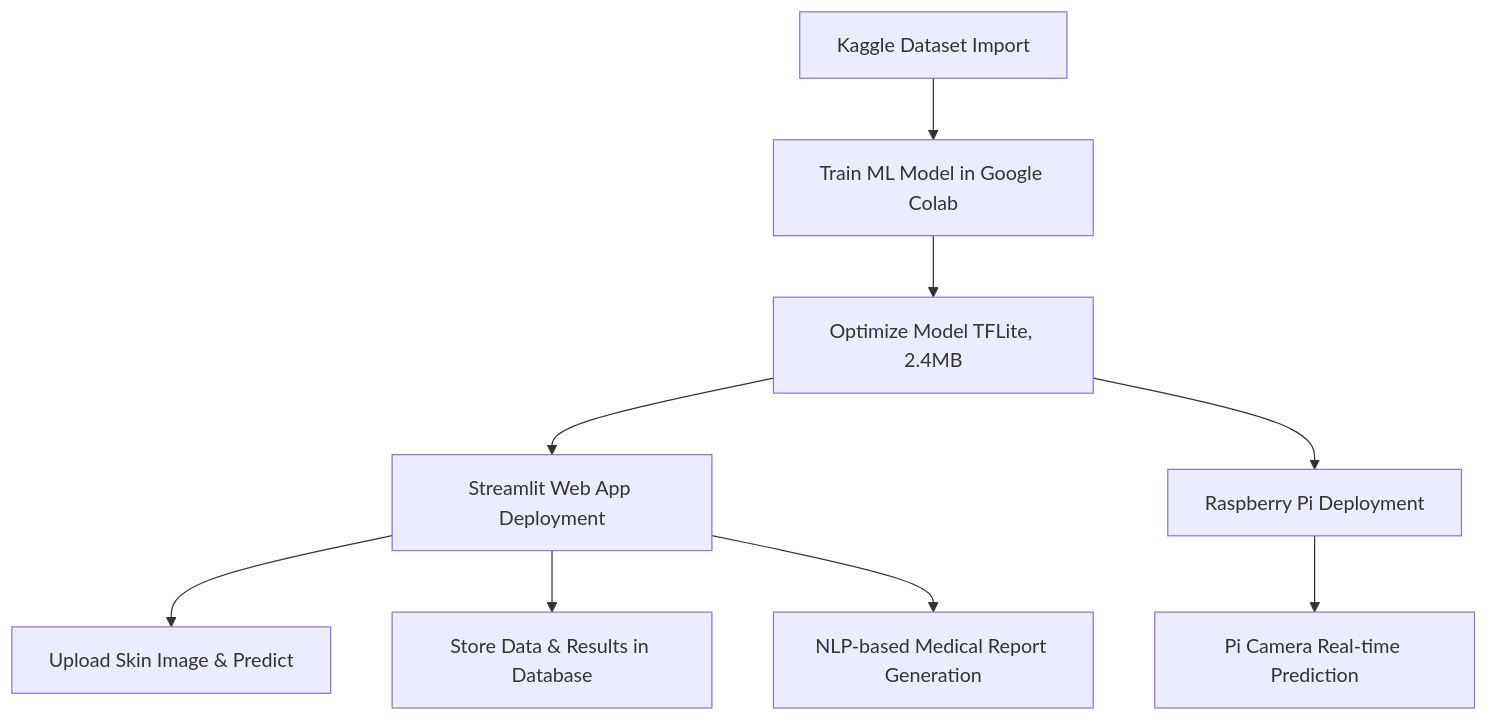
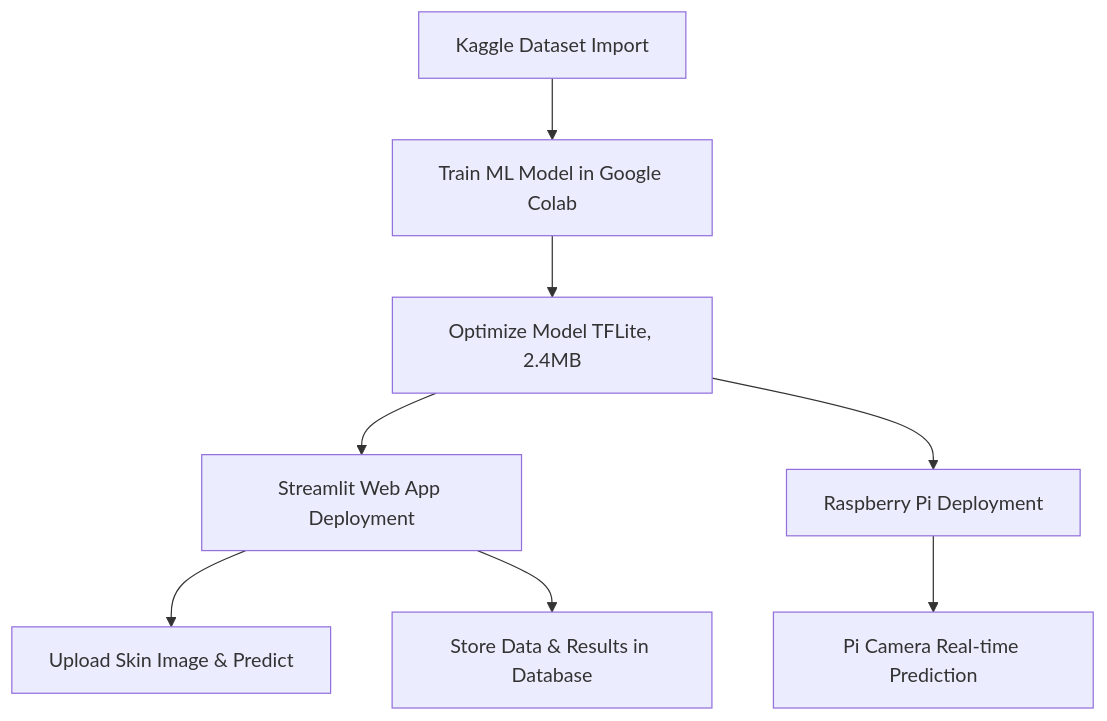
The first of 2 diagrams in README.md (ThamilezaiAnanthakumar/Skin_disease_Prediction_using_Transfer_learning), drawn with Mermaid before and after one commit.

````diff
--- a/README.md
+++ b/README.md
@@ -18,11 +18,10 @@
 ```mermaid
 graph TD;
     A[Kaggle Dataset Import] --> B[Train ML Model in Google Colab]
     B --> C[Optimize Model TFLite, 2.4MB]
     C --> D1[Streamlit Web App Deployment]
     C --> D2[Raspberry Pi Deployment]
     D1 --> E[Upload Skin Image & Predict]
     D2 --> F[Pi Camera Real-time Prediction]
     D1 --> G[Store Data & Results in Database]
-    D1 --> H[NLP-based Medical Report Generation]
 ```
````
